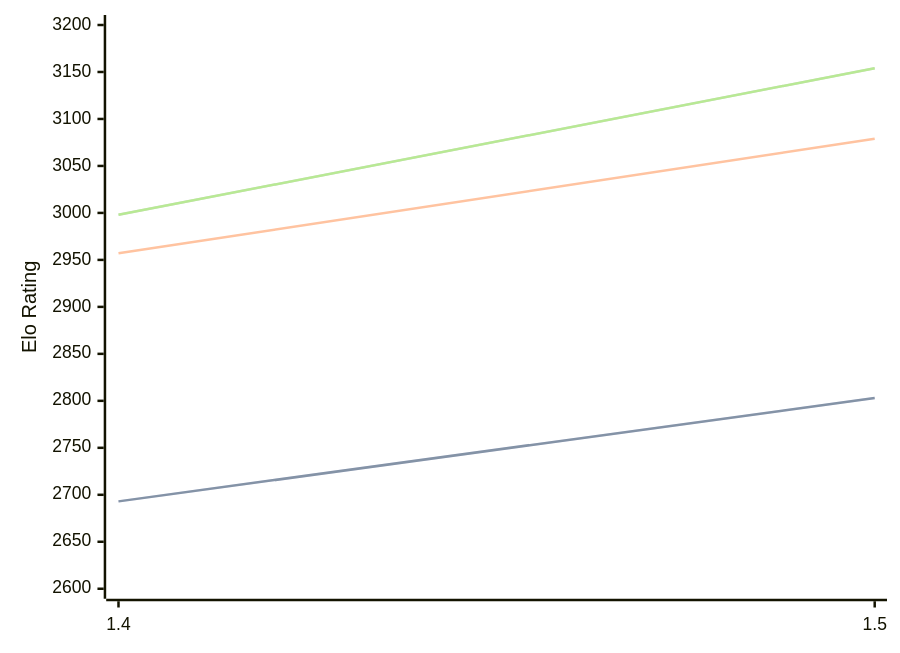
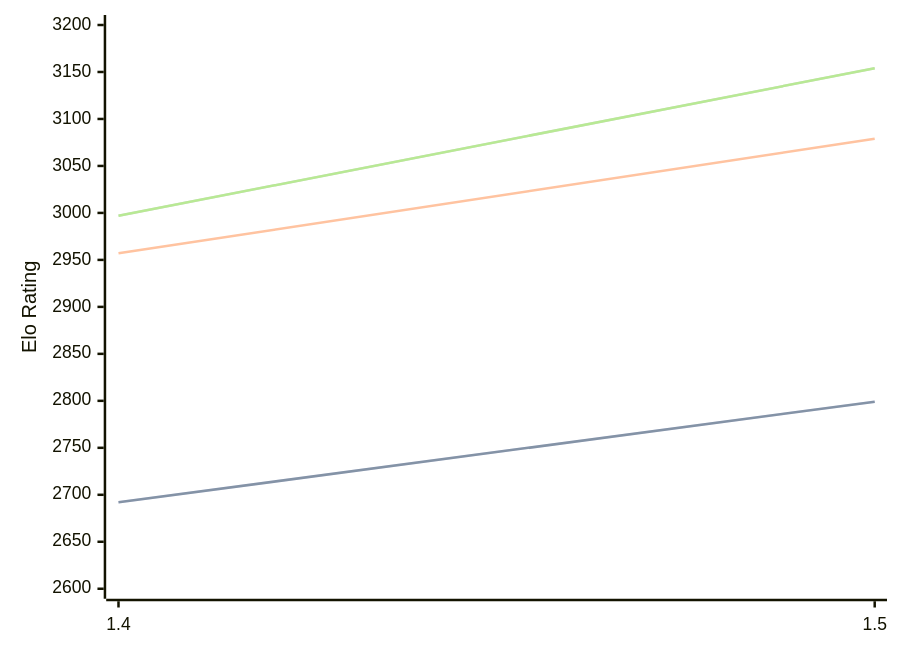
One commit to computer-chess-index/cci changed the diagram in engines/Yakka.md. Above: the diagram before and after it, drawn with Mermaid. The commit also changed other lines of this file, not shown here.

Commit message:
Update CCI Ratings (ELO VLTC) - 2026-03-18

````diff
--- a/engines/Yakka.md
+++ b/engines/Yakka.md
@@ -34,11 +34,11 @@
 ```mermaid
 %%{init: {"theme":"base","themeVariables":{"seriesColors:['#a3a3a3','#222221','#faa371']}}}%%
 xychart-beta
   x-axis ["1.4", "1.5"]
   y-axis "Elo Rating" 2600 --> 3200
-  line "STC (8.0+0.08s)" [2693, 2803]
-  line "STC (8.0+0.08s)" [2693, 2803]
+  line "STC (8.0+0.08s)" [2692, 2799]
+  line "STC (8.0+0.08s)" [2692, 2799]
   line "LTC (60.0+0.60s)" [2957, 3079]
-  line "VLTC (2m24s+1.12s)" [2998, 3154]
-  line "VLTC (2m24s+1.12s)" [2998, 3154]
+  line "VLTC (2m24s+1.12s)" [2997, 3154]
+  line "VLTC (2m24s+1.12s)" [2997, 3154]
 ```
````
